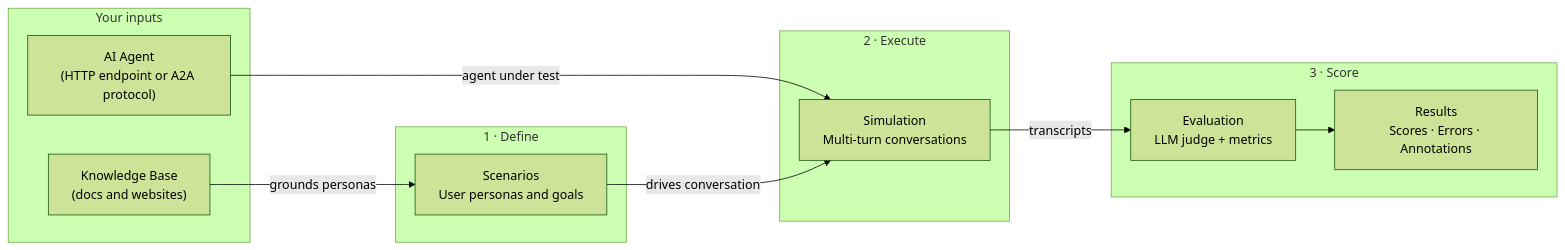
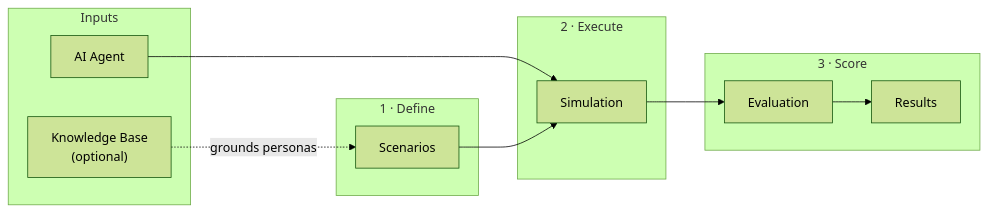
One commit to arklexai/docs changed the first of 2 diagrams in overview.mdx. Above: the diagram before and after it, drawn with Mermaid (forest theme). The commit also changed other lines of this file and 3 other files, not shown here.

````diff
--- a/overview.mdx
+++ b/overview.mdx
@@ -12,22 +12,22 @@
 ```mermaid
 flowchart LR
-  subgraph inputs["Your inputs"]
-    A["AI Agent\n(HTTP endpoint or A2A protocol)"]
-    K["Knowledge Base\n(docs and websites)"]
+  subgraph inputs["Inputs"]
+    A["AI Agent"]
+    K["Knowledge Base\n(optional)"]
   end
   subgraph define["1 · Define"]
-    S["Scenarios\nUser personas and goals"]
+    S["Scenarios"]
   end
   subgraph execute["2 · Execute"]
-    SIM["Simulation\nMulti-turn conversations"]
+    SIM["Simulation"]
   end
   subgraph score["3 · Score"]
-    E["Evaluation\nLLM judge + metrics"]
-    R["Results\nScores · Errors · Annotations"]
+    E["Evaluation"]
+    R["Results"]
   end
-  K -->|"grounds personas"| S
-  A -->|"agent under test"| SIM
-  S -->|"drives conversation"| SIM
-  SIM -->|"transcripts"| E
+  K -. "grounds personas" .-> S
+  A --> SIM
+  S --> SIM
+  SIM --> E
   E --> R
 ```
````
